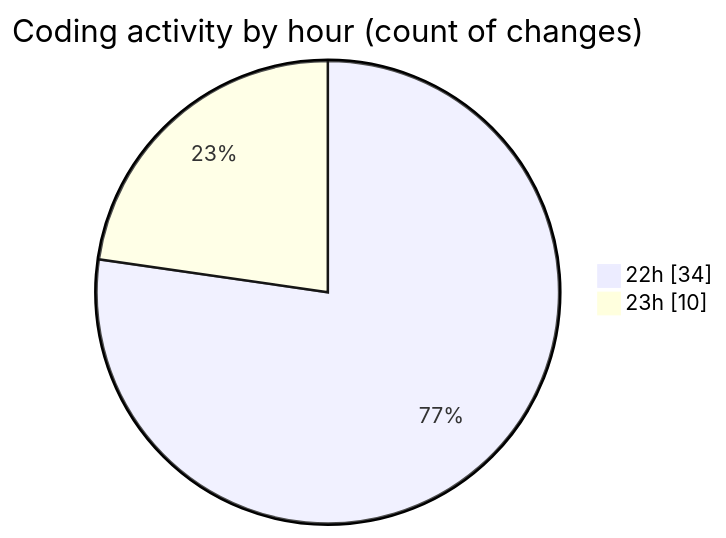
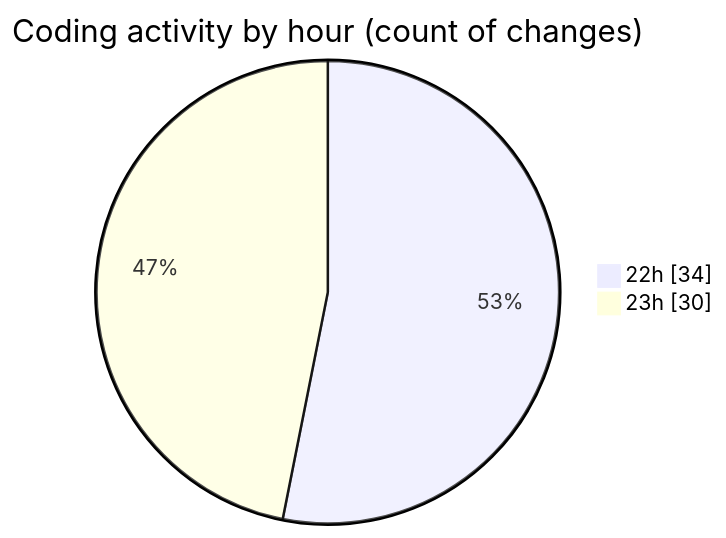
Before and after one commit to lephambinh05/code-tracking: the second of 2 diagrams in 2025-07-14/nhahang/README.md, drawn with Mermaid. The commit also changed other lines of this file and 1 other file, not shown here.

````diff
--- a/2025-07-14/nhahang/README.md
+++ b/2025-07-14/nhahang/README.md
@@ -49,6 +59,6 @@
 ```mermaid
 pie showData
 title Coding activity by hour (count of changes)
 "22h" : 34
-"23h" : 10
+"23h" : 30
 ```
````
